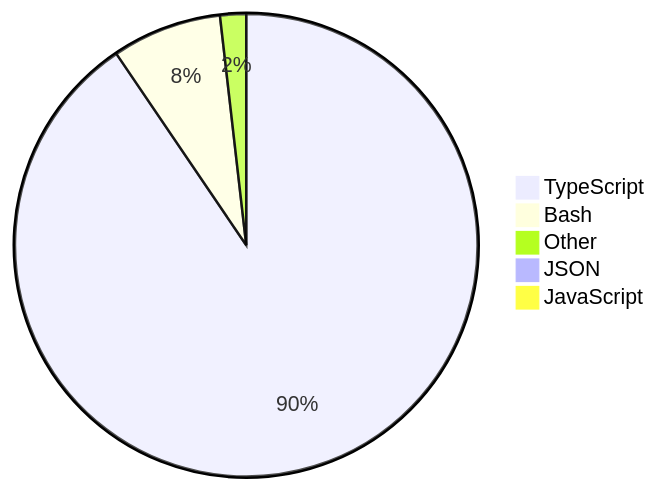
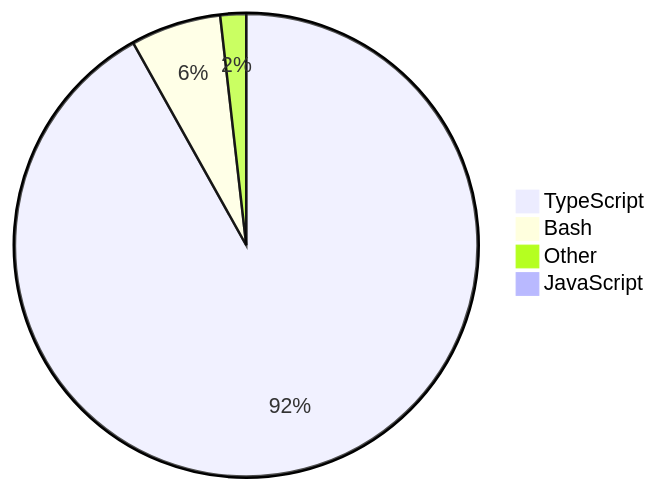
One commit to skvggor/skvggor changed the diagram in README.md. Above: the diagram before and after it, drawn with Mermaid.

Commit message:
Updated waka-readme graph with new metrics

````diff
--- a/README.md
+++ b/README.md
@@ -14,8 +14,7 @@
 ```mermaid
 pie
-    "TypeScript" : 89.7
-    "Bash" : 7.6
+    "TypeScript" : 91.8
+    "Bash" : 6.3
     "Other" : 1.8
-    "JSON" : 0.8
     "JavaScript" : 0.1
 ```
````
